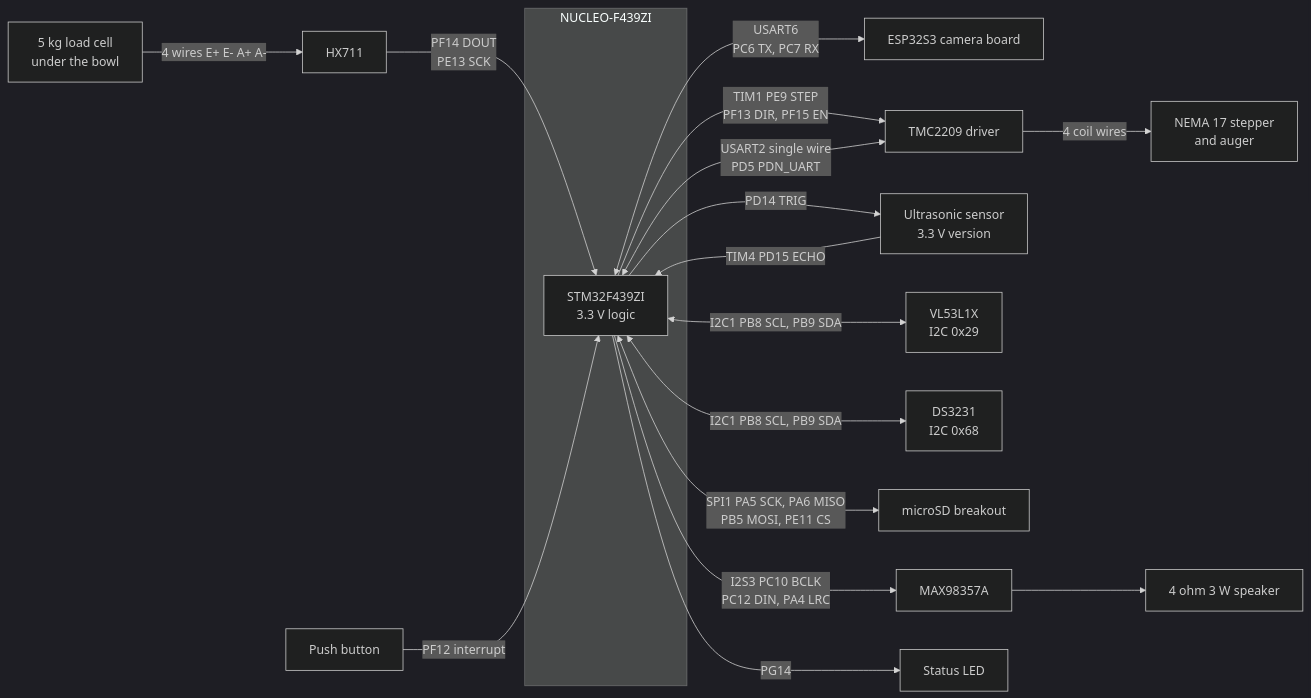
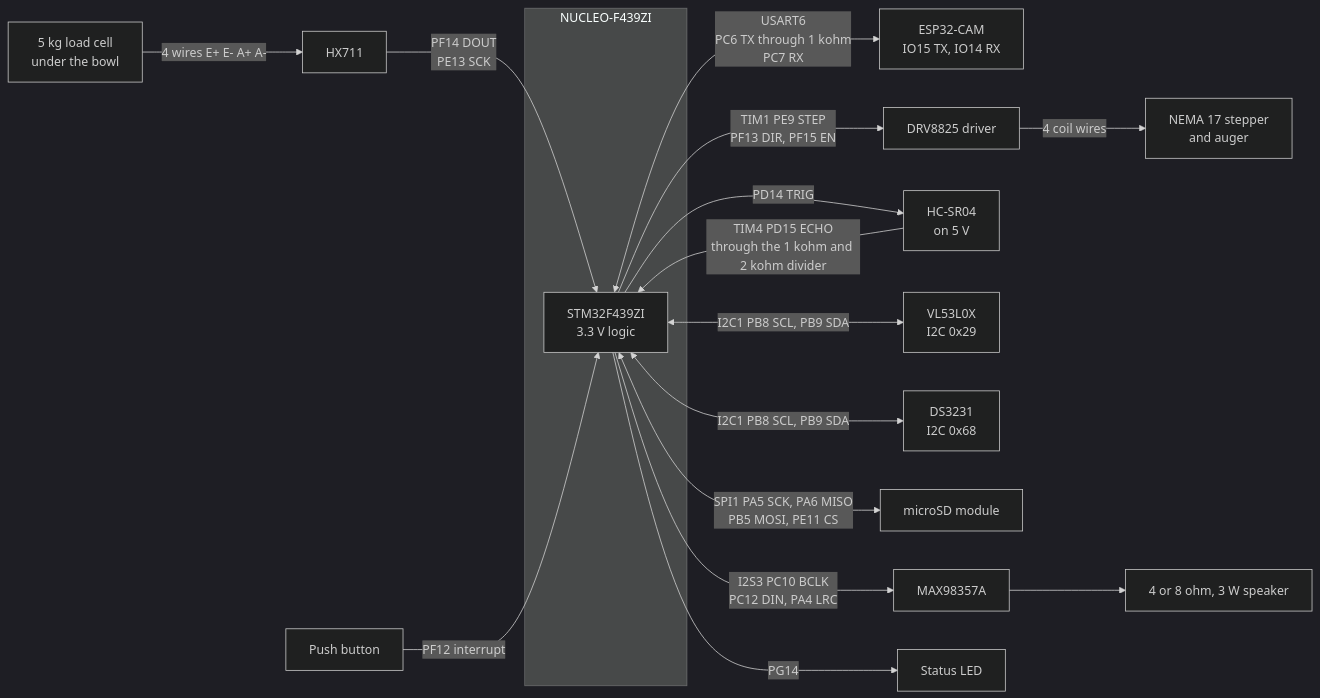
The second of 9 diagrams in hardware/02_system_architecture.md (sourcandy101/kibbly), drawn with Mermaid (dark theme) before and after one commit. The commit also changed other lines of this file and 13 other files, not shown here.

First line of the commit message:
Add circuit 5 (ESP32-CAM link) and update the architecture to the real parts

````diff
--- a/hardware/02_system_architecture.md
+++ b/hardware/02_system_architecture.md
@@ -89,36 +91,35 @@
 ```mermaid
 flowchart LR
     subgraph NUCLEO["NUCLEO-F439ZI"]
         STM["STM32F439ZI<br/>3.3 V logic"]
     end
 
-    ESP["ESP32S3 camera board"]
-    DRV["TMC2209 driver"]
+    ESP["ESP32-CAM<br/>IO15 TX, IO14 RX"]
+    DRV["DRV8825 driver"]
     MOT["NEMA 17 stepper<br/>and auger"]
     HX["HX711"]
     LC["5 kg load cell<br/>under the bowl"]
-    US["Ultrasonic sensor<br/>3.3 V version"]
-    TOF["VL53L1X<br/>I2C 0x29"]
+    US["HC-SR04<br/>on 5 V"]
+    TOF["VL53L0X<br/>I2C 0x29"]
     RTC["DS3231<br/>I2C 0x68"]
-    SDC["microSD breakout"]
+    SDC["microSD module"]
     AMP["MAX98357A"]
-    SPK["4 ohm 3 W speaker"]
+    SPK["4 or 8 ohm, 3 W speaker"]
     BTN["Push button"]
     LED["Status LED"]
 
-    STM <-->|"USART6<br/>PC6 TX, PC7 RX"| ESP
+    STM <-->|"USART6<br/>PC6 TX through 1 kohm<br/>PC7 RX"| ESP
     STM -->|"TIM1 PE9 STEP<br/>PF13 DIR, PF15 EN"| DRV
-    STM <-->|"USART2 single wire<br/>PD5 PDN_UART"| DRV
     DRV -->|"4 coil wires"| MOT
     LC -->|"4 wires E+ E- A+ A-"| HX
     HX -->|"PF14 DOUT<br/>PE13 SCK"| STM
     STM -->|"PD14 TRIG"| US
-    US -->|"TIM4 PD15 ECHO"| STM
+    US -->|"TIM4 PD15 ECHO<br/>through the 1 kohm and 2 kohm divider"| STM
     STM <-->|"I2C1 PB8 SCL, PB9 SDA"| TOF
     STM <-->|"I2C1 PB8 SCL, PB9 SDA"| RTC
     STM <-->|"SPI1 PA5 SCK, PA6 MISO<br/>PB5 MOSI, PE11 CS"| SDC
     STM -->|"I2S3 PC10 BCLK<br/>PC12 DIN, PA4 LRC"| AMP
     AMP --> SPK
     BTN -->|"PF12 interrupt"| STM
     STM -->|"PG14"| LED
 ```
````
